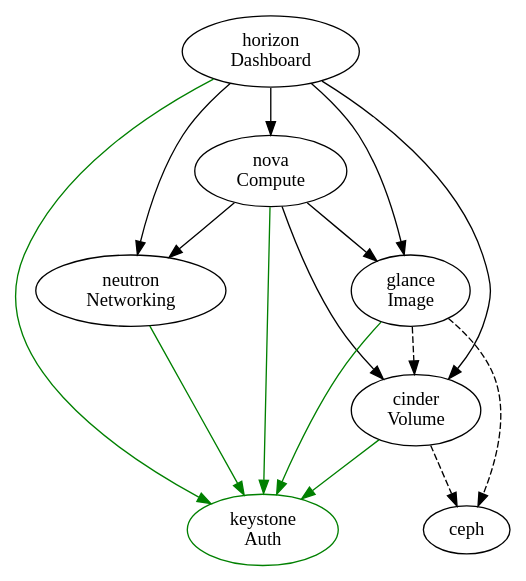
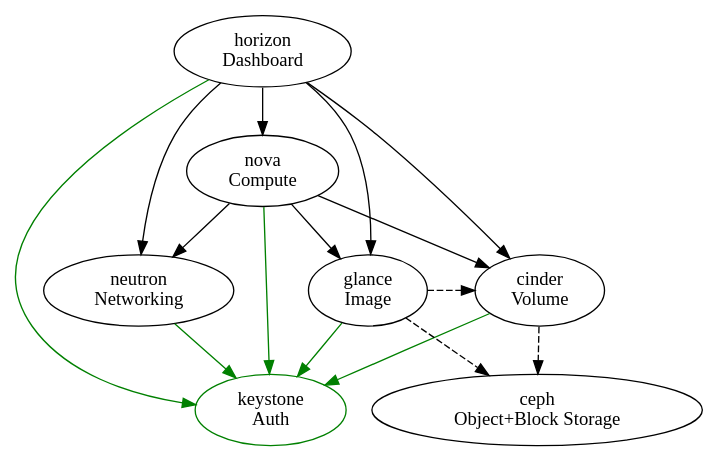
One commit to bmwiedemann/openstacktroubleshooting changed the diagram in img/openstackservices.dot. Above: the diagram before and after it, drawn with Graphviz.

Commit message:
nicer graph
with more services on same level

```diff
--- a/img/openstackservices.dot
+++ b/img/openstackservices.dot
@@ -1,14 +1,16 @@
 
 digraph G {
   horizon  [label="horizon\nDashboard"]
   nova     [label="nova\nCompute"]
   cinder   [label="cinder\nVolume"]
   glance   [label="glance\nImage"]
   neutron  [label="neutron\nNetworking"]
   keystone [label="keystone\nAuth", color=green]
+  ceph     [label="ceph\nObject+Block Storage"]
   {horizon nova neutron glance cinder} -> keystone [color=green]
   horizon -> {nova neutron glance cinder}
   nova -> {neutron glance cinder}
-  glance -> cinder [style=dashed]
+  glance -> cinder [style=dashed,minlen=2]
   {glance cinder} -> ceph [style=dashed]
+  {rank=same;neutron glance cinder}
 }
```
